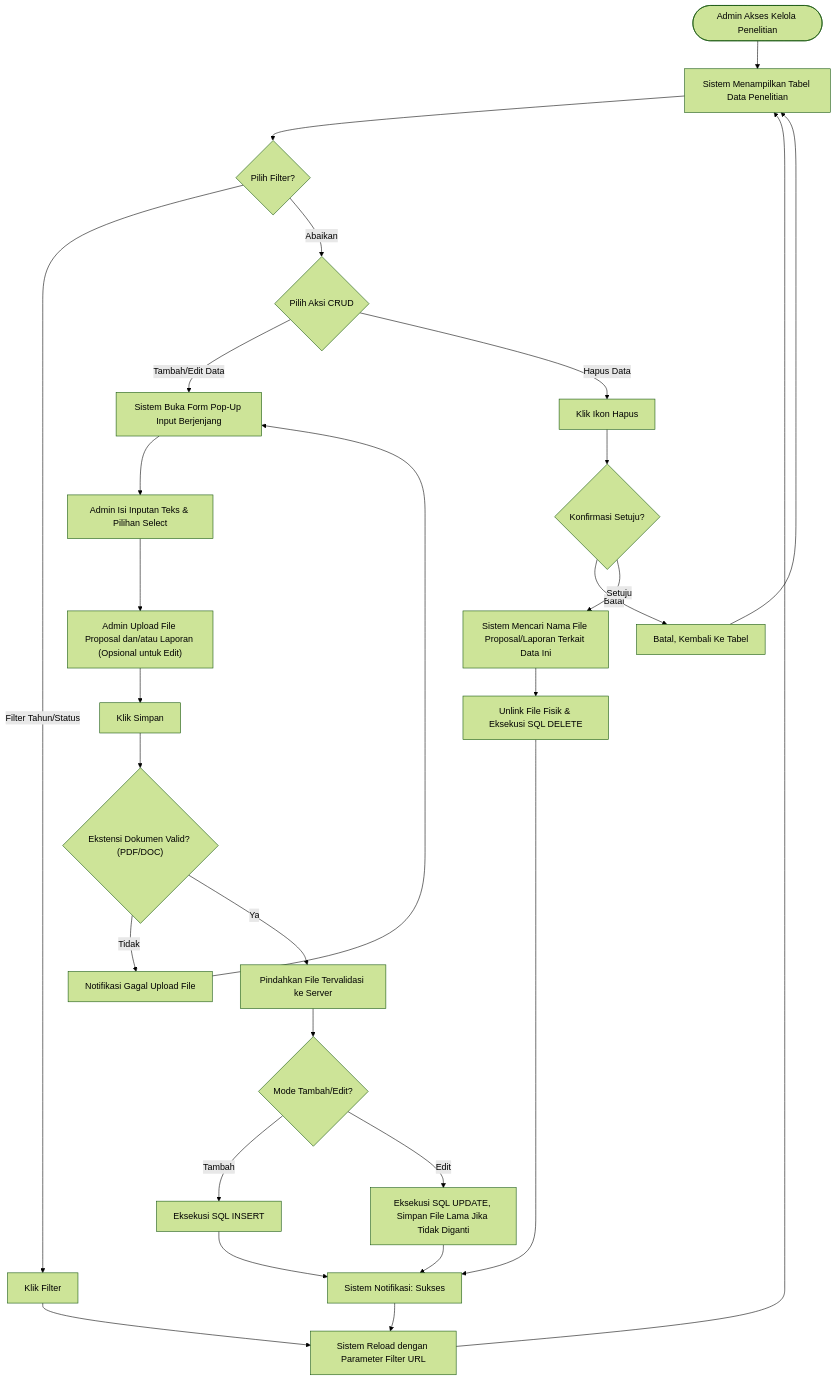
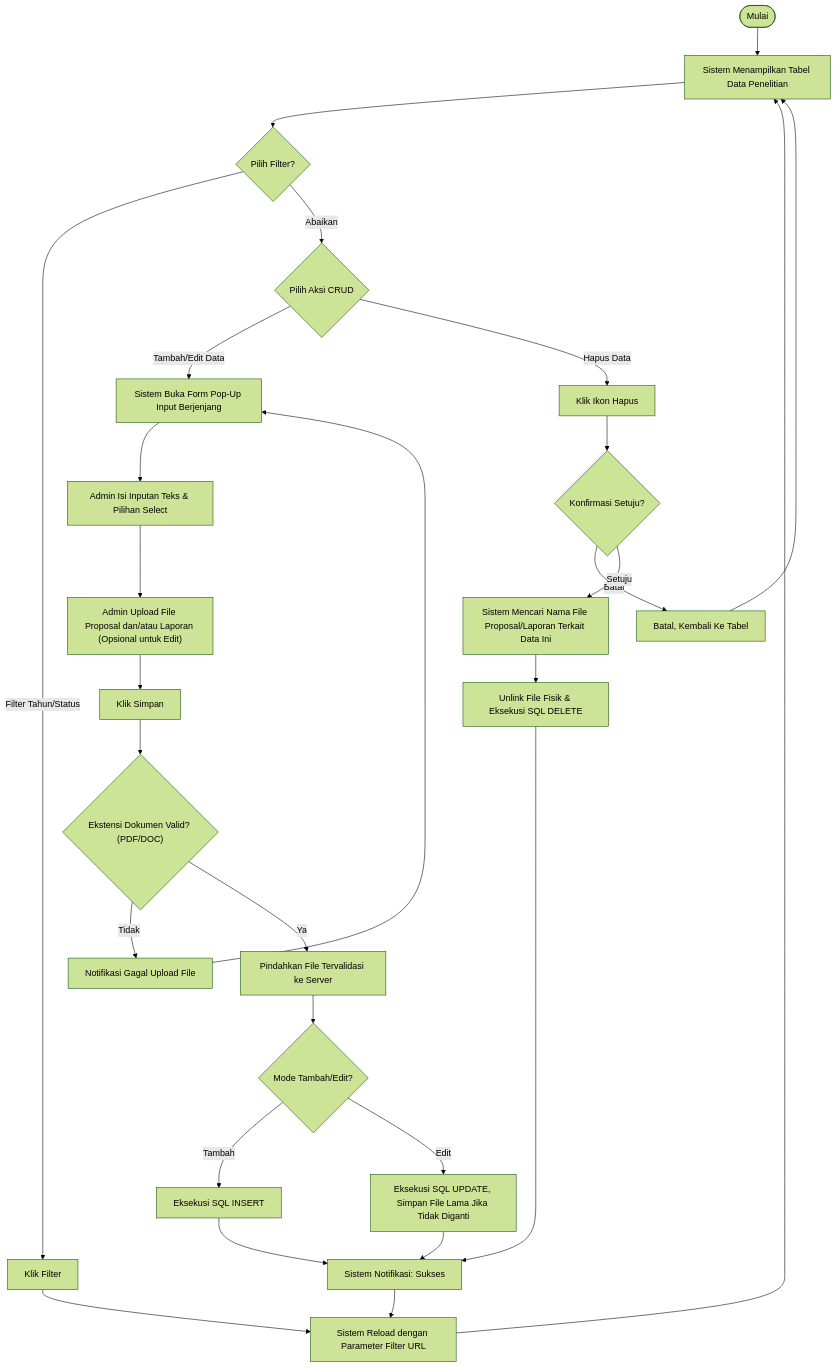
One commit to arbain-dev/Web_fikom changed the second of 2 diagrams in docs/activity_diagram_penelitian.md. Above: the diagram before and after it, drawn with Mermaid (forest theme). The commit also changed other lines of this file and 7 other files, not shown here.

Commit message:
docs: standarisasi semua awal flowchart diagram menjadi 'Mulai'

````diff
--- a/docs/activity_diagram_penelitian.md
+++ b/docs/activity_diagram_penelitian.md
@@ -42,41 +42,41 @@
 ```mermaid
 flowchart TD
-    Start([Admin Akses Kelola Penelitian]) --> ShowTable[Sistem Menampilkan Tabel Data Penelitian]
+    Mulai([Mulai]) --> ShowTable[Sistem Menampilkan Tabel Data Penelitian]
     
     %% Fitur Filter Data
     ShowTable --> FilterAction{Pilih Filter?}
     FilterAction -- "Filter Tahun/Status" --> SubmitFilter[Klik Filter]
     SubmitFilter --> RefreshTable[Sistem Reload dengan Parameter Filter URL]
     RefreshTable --> ShowTable
     
     FilterAction -- "Abaikan" --> Action{Pilih Aksi CRUD}
     
     %% Alur Tambah & Edit
     Action -- "Tambah/Edit Data" --> ModalForm[Sistem Buka Form Pop-Up Input Berjenjang]
     ModalForm --> FillData[Admin Isi Inputan Teks & Pilihan Select]
     FillData --> UploadDocs["Admin Upload File Proposal dan/atau Laporan (Opsional untuk Edit)"]
     UploadDocs --> SubmitForm[Klik Simpan]
     
     SubmitForm --> ValidateExt{"Ekstensi Dokumen Valid? (PDF/DOC)"}
     ValidateExt -- "Tidak" --> ErrorExt[Notifikasi Gagal Upload File]
     ValidateExt -- "Ya" --> MoveFiles[Pindahkan File Tervalidasi ke Server]
     
     MoveFiles --> ProcessDB{Mode Tambah/Edit?}
     ProcessDB -- "Tambah" --> DBInsert[Eksekusi SQL INSERT]
     ProcessDB -- "Edit" --> DBUpdate[Eksekusi SQL UPDATE, Simpan File Lama Jika Tidak Diganti]
     
     DBInsert --> NoticeSuccess[Sistem Notifikasi: Sukses]
     DBUpdate --> NoticeSuccess
     
     %% Alur Hapus
     Action -- "Hapus Data" --> ClickDelete[Klik Ikon Hapus]
     ClickDelete --> ConfirmDelete{Konfirmasi Setuju?}
     ConfirmDelete -- "Batal" --> Return[Batal, Kembali Ke Tabel]
     ConfirmDelete -- "Setuju" --> FetchFiles[Sistem Mencari Nama File Proposal/Laporan Terkait Data Ini]
     FetchFiles --> ExecDelete[Unlink File Fisik & Eksekusi SQL DELETE]
     ExecDelete --> NoticeSuccess
     
     NoticeSuccess --> RefreshTable
     ErrorExt --> ModalForm
     Return --> ShowTable
 ```
````
